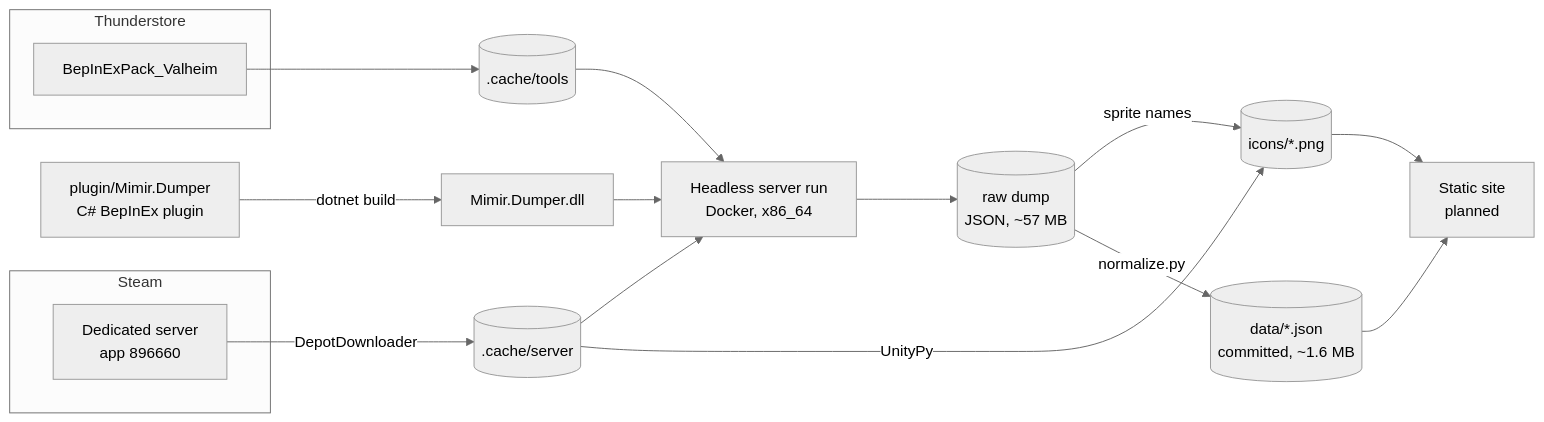
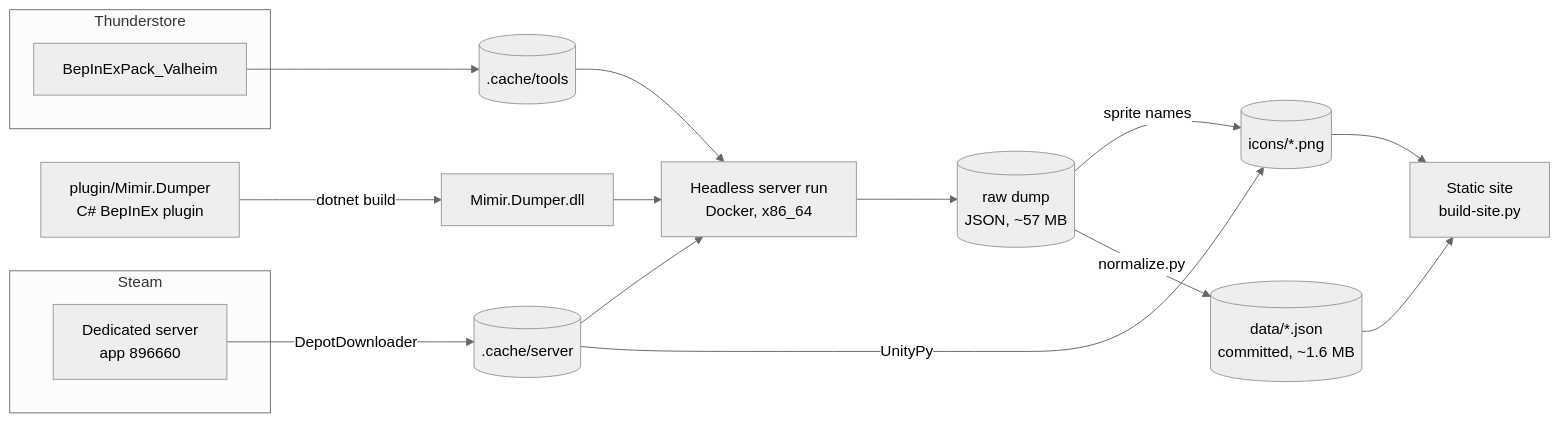
One commit to benders/mimir changed the first of 4 diagrams in Architecture.md. Above: the diagram before and after it, drawn with Mermaid (neutral theme). The commit also changed other lines of this file and 7 other files, not shown here.

First line of the commit message:
Static site generator with client-side search

````diff
--- a/Architecture.md
+++ b/Architecture.md
@@ -9,25 +9,25 @@
 ```mermaid
 flowchart LR
     subgraph Steam
         S[Dedicated server<br/>app 896660]
     end
     subgraph Thunderstore
         B[BepInExPack_Valheim]
     end
 
     S -->|DepotDownloader| SRV[(.cache/server)]
     B --> PACK[(.cache/tools)]
     P[plugin/Mimir.Dumper<br/>C# BepInEx plugin] -->|dotnet build| DLL[Mimir.Dumper.dll]
 
     SRV --> RUN
     PACK --> RUN
     DLL --> RUN
     RUN[Headless server run<br/>Docker, x86_64] --> RAW[(raw dump<br/>JSON, ~57 MB)]
 
     SRV -->|UnityPy| ICONS[(icons/*.png)]
     RAW -->|sprite names| ICONS
 
     RAW -->|normalize.py| DATA[(data/*.json<br/>committed, ~1.6 MB)]
-    DATA --> SITE[Static site<br/>planned]
+    DATA --> SITE[Static site<br/>build-site.py]
     ICONS --> SITE
 ```
````
